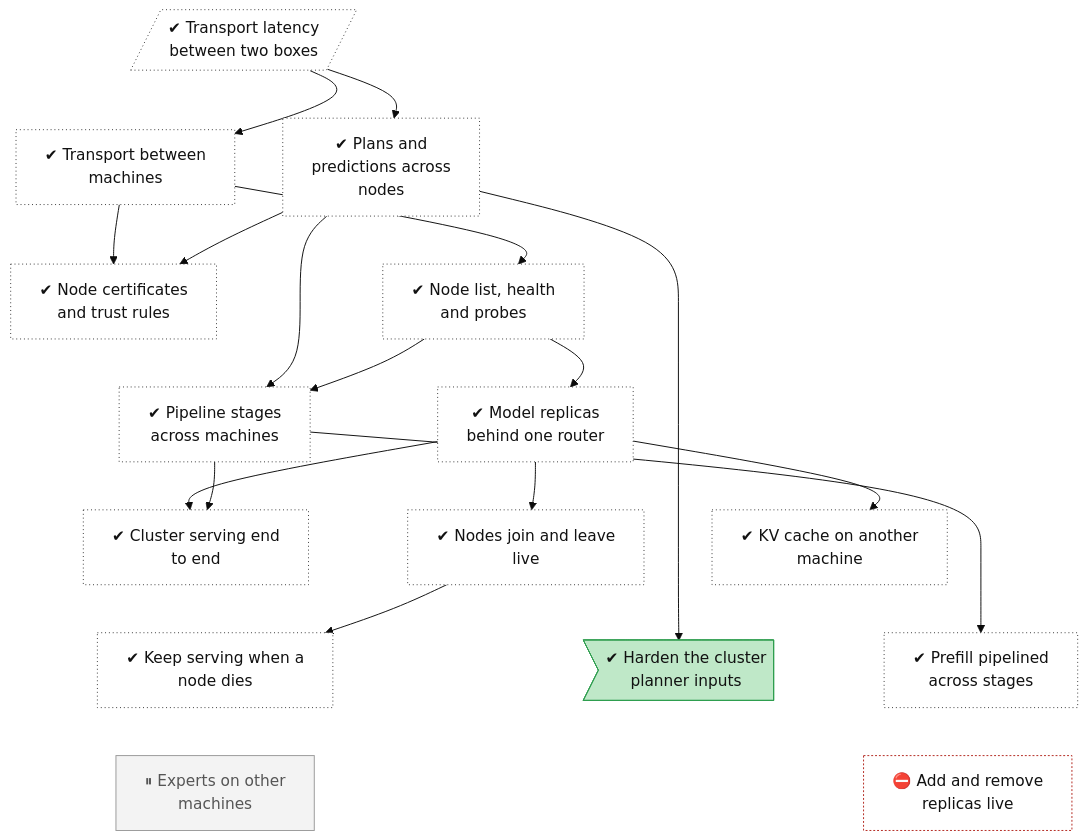
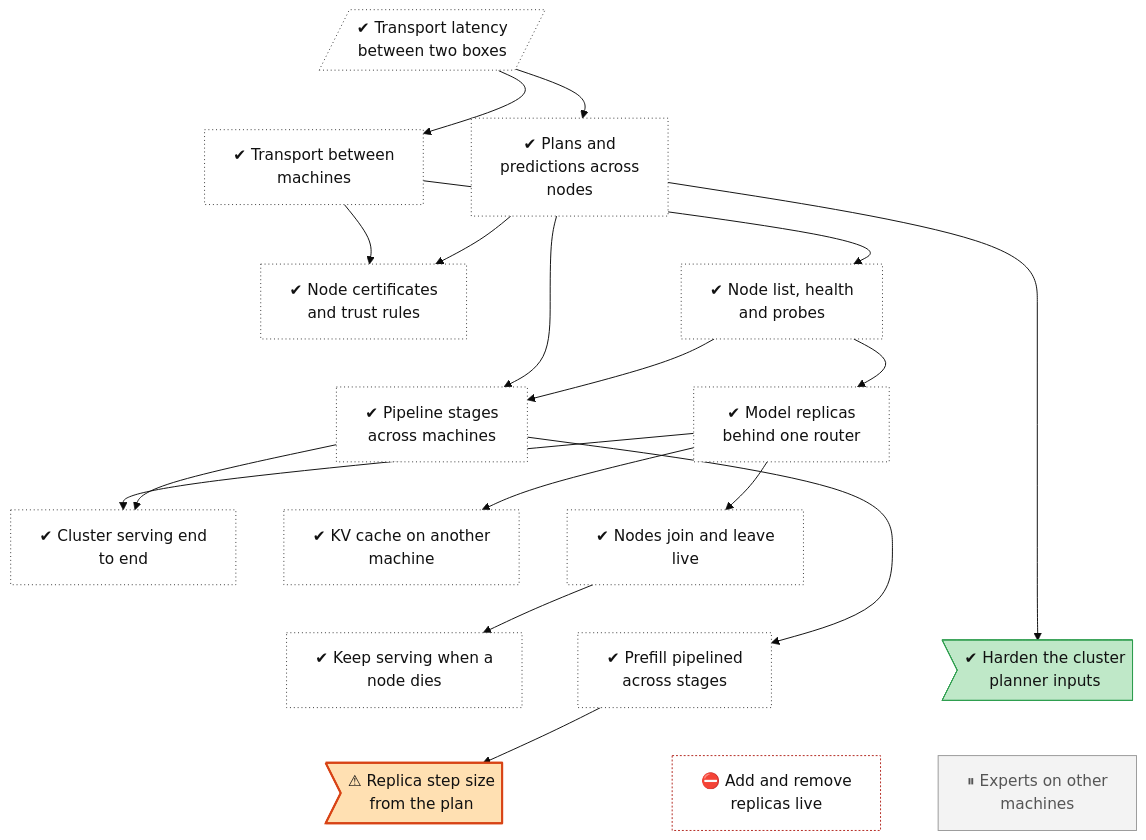
Before and after one commit to lhns/tetraeder: the diagram in docs/roadmap/tracks/cluster.md, drawn with Mermaid (base theme). The commit also changed other lines of this file and 4 other files, not shown here.

Commit message:
Tree: cluster-step-tokens-from-plan and planner-footprint-validator-gap (open items from pipelined prefill and cost model 6 rest) (not measured)

````diff
--- a/docs/roadmap/tracks/cluster.md
+++ b/docs/roadmap/tracks/cluster.md
@@ -10,66 +10,69 @@
 ```mermaid
 flowchart TB
     cluster_transport_wan[/"✔ Transport latency<br/>between two boxes"/]
     cluster_transport["✔ Transport between<br/>machines"]
     cluster_planner["✔ Plans and<br/>predictions across<br/>nodes"]
     cluster_mtls["✔ Node certificates<br/>and trust rules"]
     cluster_discovery["✔ Node list, health<br/>and probes"]
     cluster_pipeline_nodes["✔ Pipeline stages<br/>across machines"]
     cluster_replicas["✔ Model replicas<br/>behind one router"]
     cluster_integration["✔ Cluster serving end<br/>to end"]
     cluster_join_leave["✔ Nodes join and leave<br/>live"]
     cluster_remote_kv["✔ KV cache on another<br/>machine"]
     cluster_failover["✔ Keep serving when a<br/>node dies"]
     cluster_planner_hardening>"✔ Harden the cluster<br/>planner inputs"]
     cluster_pipeline_prefill["✔ Prefill pipelined<br/>across stages"]
+    cluster_step_tokens_from_plan>"⚠ Replica step size<br/>from the plan"]
     cluster_experts_nodes["⏸ Experts on other<br/>machines"]
     cluster_replica_scaling["⛔ Add and remove<br/>replicas live"]
     cluster_transport_wan ~~~ cluster_transport
     cluster_transport_wan ~~~ cluster_planner
     cluster_transport ~~~ cluster_mtls
     cluster_planner ~~~ cluster_discovery
     cluster_mtls ~~~ cluster_pipeline_nodes
     cluster_discovery ~~~ cluster_replicas
     cluster_pipeline_nodes ~~~ cluster_integration
     cluster_replicas ~~~ cluster_join_leave
     cluster_replicas ~~~ cluster_remote_kv
     cluster_integration ~~~ cluster_failover
     cluster_join_leave ~~~ cluster_planner_hardening
     cluster_remote_kv ~~~ cluster_pipeline_prefill
-    cluster_failover ~~~ cluster_experts_nodes
-    cluster_planner_hardening ~~~ cluster_replica_scaling
+    cluster_failover ~~~ cluster_step_tokens_from_plan
+    cluster_planner_hardening ~~~ cluster_experts_nodes
     cluster_pipeline_prefill ~~~ cluster_replica_scaling
     cluster_transport_wan --> cluster_transport
     cluster_transport_wan --> cluster_planner
     cluster_transport --> cluster_mtls
     cluster_planner --> cluster_mtls
     cluster_transport --> cluster_discovery
     cluster_planner --> cluster_pipeline_nodes
     cluster_discovery --> cluster_pipeline_nodes
     cluster_discovery --> cluster_replicas
     cluster_replicas --> cluster_integration
     cluster_pipeline_nodes --> cluster_integration
     cluster_replicas --> cluster_join_leave
     cluster_replicas --> cluster_remote_kv
     cluster_join_leave --> cluster_failover
     cluster_planner --> cluster_planner_hardening
     cluster_pipeline_nodes --> cluster_pipeline_prefill
+    cluster_pipeline_prefill --> cluster_step_tokens_from_plan
     classDef vsucc fill:#2e9e4f,stroke:#1b6b34,color:#fff
     classDef succ fill:#bfe8c8,stroke:#2e9e4f,color:#111
     classDef mixed fill:#ffd37a,stroke:#c98a00,color:#111
     classDef bad fill:#f28b82,stroke:#b3261e,color:#111
     classDef dead fill:#e6e6e6,stroke:#777,stroke-dasharray:5 5,color:#555
     classDef inprog fill:#a8cdf5,stroke:#1f6fc5,color:#111
     classDef next fill:#fff,stroke:#333,color:#111
     classDef blocked fill:#fff,stroke:#b3261e,stroke-dasharray:2 2,color:#111
     classDef parked fill:#f3f3f3,stroke:#999,color:#555
     classDef unrated fill:#fff,stroke:#333,stroke-dasharray:1 3,color:#111
     classDef gate fill:#d9c2f0,stroke:#7b3fb5,color:#111
     classDef decided fill:#ece0f7,stroke:#7b3fb5,stroke-dasharray:2 2,color:#111
     classDef finding fill:#ffe0b2,stroke:#d84315,stroke-width:2px,color:#111
     classDef waiting fill:#e3f2fd,stroke:#1f6fc5,stroke-dasharray:5 5,color:#111
     class cluster_transport_wan,cluster_transport,cluster_planner,cluster_mtls,cluster_discovery,cluster_pipeline_nodes,cluster_replicas,cluster_integration,cluster_join_leave,cluster_remote_kv,cluster_failover,cluster_pipeline_prefill unrated
     class cluster_planner_hardening succ
+    class cluster_step_tokens_from_plan finding
     class cluster_experts_nodes parked
     class cluster_replica_scaling blocked
 ```
````
